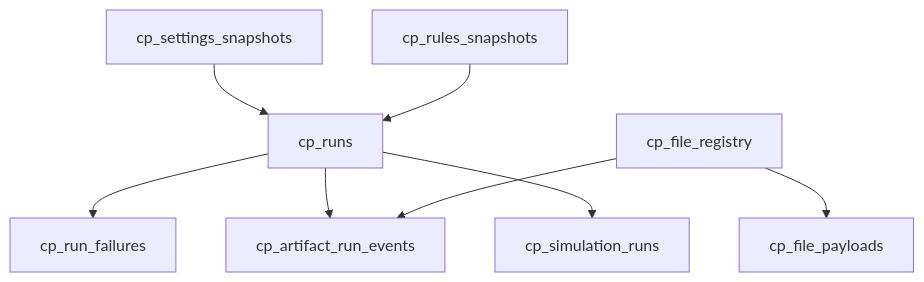
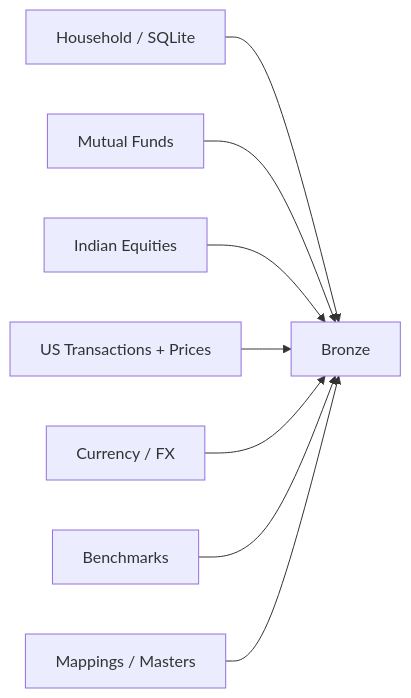
Before and after one commit to tks18/personal-finance-etl: the ninth of 31 diagrams in README.md, drawn with Mermaid. The commit also changed other lines of this file, not shown here.

````diff
--- a/README.md
+++ b/README.md
@@ -137,10 +338,10 @@
 ```mermaid
-flowchart TB
-    RUN["cp_runs"] --> FAIL["cp_run_failures"]
-    RUN --> EVT["cp_artifact_run_events"]
-    RUN --> SIM["cp_simulation_runs"]
-    SET["cp_settings_snapshots"] --> RUN
-    RULE["cp_rules_snapshots"] --> RUN
-    REG["cp_file_registry"] --> PAY["cp_file_payloads"]
-    REG --> EVT
+flowchart LR
+    HH["Household / SQLite"] --> B["Bronze"]
+    MF["Mutual Funds"] --> B
+    IN["Indian Equities"] --> B
+    US["US Transactions + Prices"] --> B
+    FX["Currency / FX"] --> B
+    BM["Benchmarks"] --> B
+    REF["Mappings / Masters"] --> B
 ```
````
